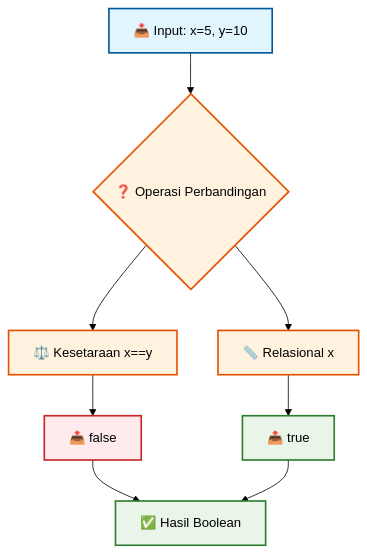
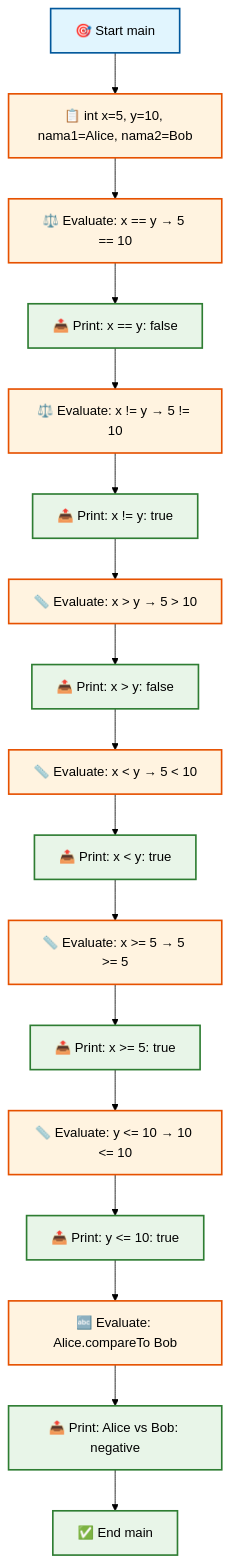
One commit to antonprafanto/flutter changed the second of 15 diagrams in minggu2.md. Above: the diagram before and after it, drawn with Mermaid (forest theme). The commit also changed other lines of this file, not shown here.

````diff
--- a/minggu2.md
+++ b/minggu2.md
@@ -109,18 +116,37 @@
 ```mermaid
 flowchart TD
-    A[📥 Input: x=5, y=10] --> B{❓ Operasi Perbandingan}
-    B --> C[⚖️ Kesetaraan x==y]
-    B --> D[📏 Relasional x<y]
-    C --> E[📤 false]
-    D --> F[📤 true]
-    E --> G[✅ Hasil Boolean]
-    F --> G
+    A[🎯 Start main] --> B[📋 int x=5, y=10, nama1=Alice, nama2=Bob]
+    B --> C[⚖️ Evaluate: x == y → 5 == 10]
+    C --> D[📤 Print: x == y: false]
+    D --> E[⚖️ Evaluate: x != y → 5 != 10]
+    E --> F[📤 Print: x != y: true]
+    F --> G[📏 Evaluate: x > y → 5 > 10]
+    G --> H[📤 Print: x > y: false]
+    H --> I[📏 Evaluate: x < y → 5 < 10]
+    I --> J[📤 Print: x < y: true]
+    J --> K[📏 Evaluate: x >= 5 → 5 >= 5]
+    K --> L[📤 Print: x >= 5: true]
+    L --> M[📏 Evaluate: y <= 10 → 10 <= 10]
+    M --> N[📤 Print: y <= 10: true]
+    N --> O[🔤 Evaluate: Alice.compareTo Bob]
+    O --> P[📤 Print: Alice vs Bob: negative]
+    P --> Q[✅ End main]
     
     style A fill:#e1f5fe,stroke:#01579b,stroke-width:2px,color:#000
     style B fill:#fff3e0,stroke:#e65100,stroke-width:2px,color:#000
     style C fill:#fff3e0,stroke:#e65100,stroke-width:2px,color:#000
-    style D fill:#fff3e0,stroke:#e65100,stroke-width:2px,color:#000
-    style E fill:#ffebee,stroke:#c62828,stroke-width:2px,color:#000
+    style D fill:#e8f5e8,stroke:#2e7d32,stroke-width:2px,color:#000
+    style E fill:#fff3e0,stroke:#e65100,stroke-width:2px,color:#000
     style F fill:#e8f5e8,stroke:#2e7d32,stroke-width:2px,color:#000
-    style G fill:#e8f5e8,stroke:#2e7d32,stroke-width:2px,color:#000
+    style G fill:#fff3e0,stroke:#e65100,stroke-width:2px,color:#000
+    style H fill:#e8f5e8,stroke:#2e7d32,stroke-width:2px,color:#000
+    style I fill:#fff3e0,stroke:#e65100,stroke-width:2px,color:#000
+    style J fill:#e8f5e8,stroke:#2e7d32,stroke-width:2px,color:#000
+    style K fill:#fff3e0,stroke:#e65100,stroke-width:2px,color:#000
+    style L fill:#e8f5e8,stroke:#2e7d32,stroke-width:2px,color:#000
+    style M fill:#fff3e0,stroke:#e65100,stroke-width:2px,color:#000
+    style N fill:#e8f5e8,stroke:#2e7d32,stroke-width:2px,color:#000
+    style O fill:#fff3e0,stroke:#e65100,stroke-width:2px,color:#000
+    style P fill:#e8f5e8,stroke:#2e7d32,stroke-width:2px,color:#000
+    style Q fill:#e8f5e8,stroke:#2e7d32,stroke-width:2px,color:#000
 ```
````
